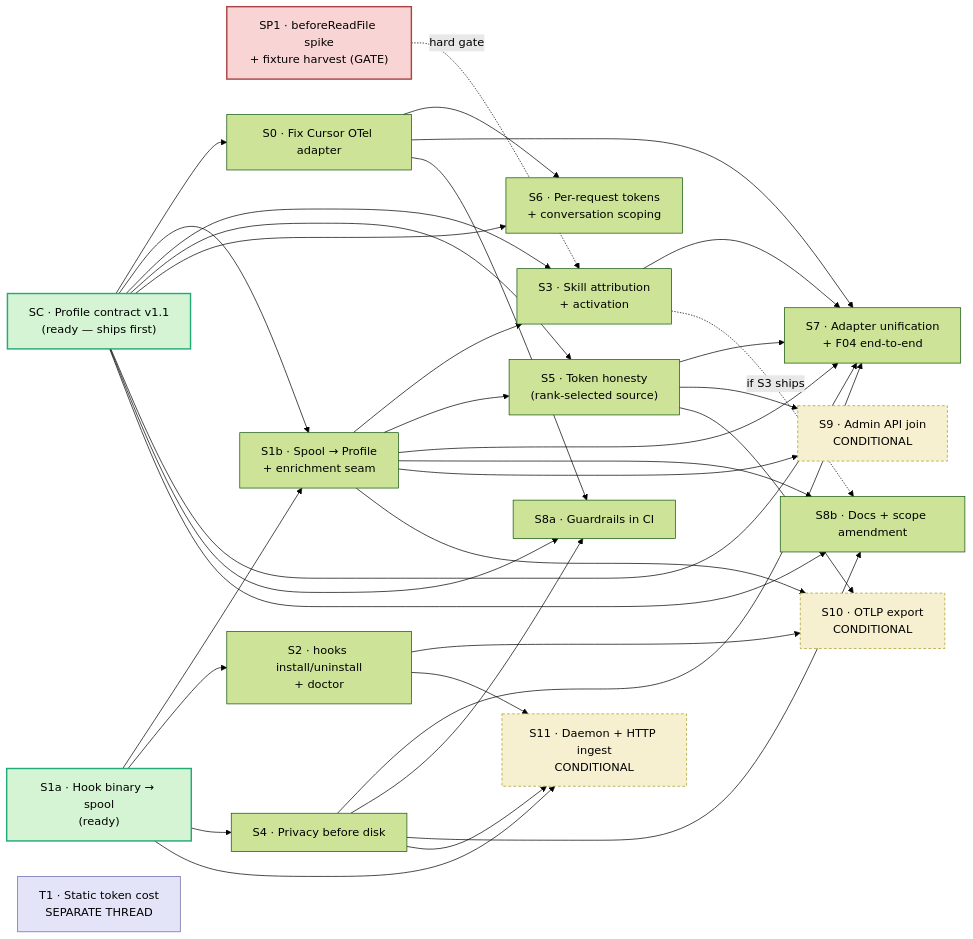
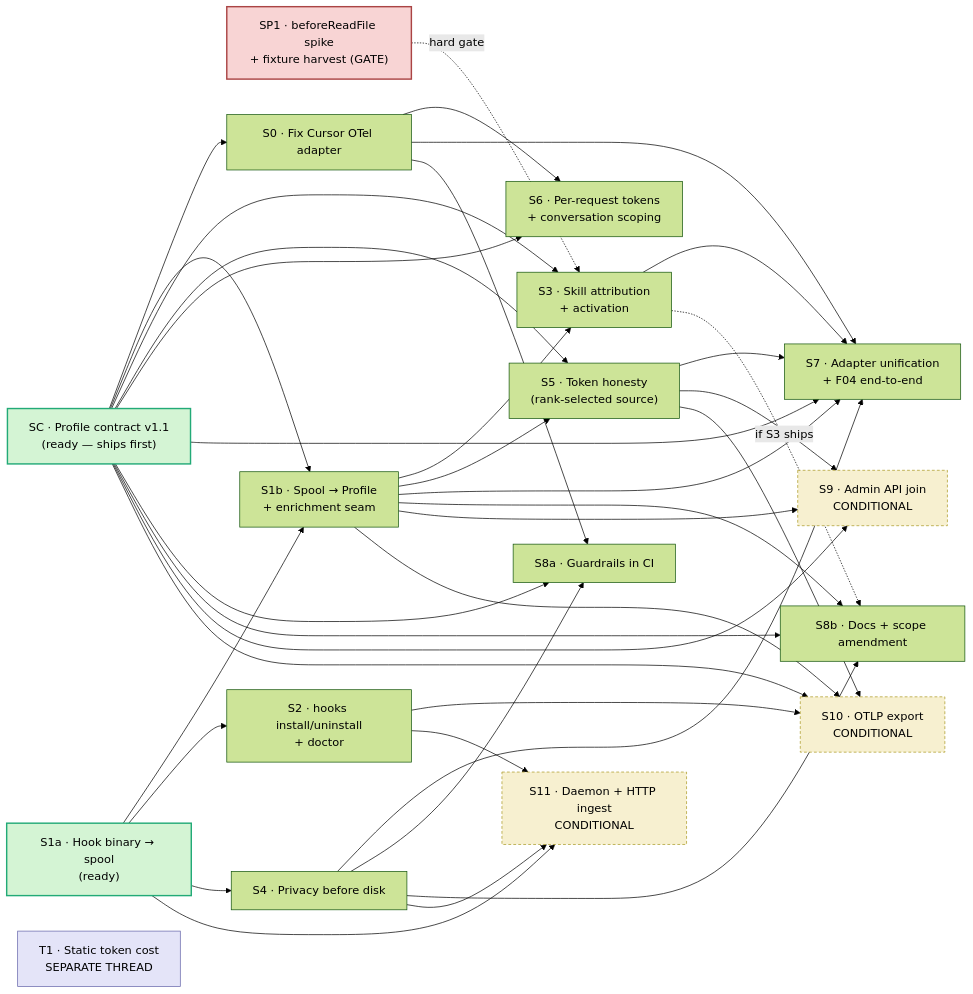
Before and after one commit to Okja-Engineering/skill-architect: the diagram in .scuba/teams/cursorscope-go/roadmap.md, drawn with Mermaid (forest theme). The commit also changed other lines of this file and 18 other files, not shown here.

````diff
--- a/.scuba/teams/cursorscope-go/roadmap.md
+++ b/.scuba/teams/cursorscope-go/roadmap.md
@@ -182,63 +182,65 @@
 ```mermaid
 flowchart LR
   SC["SC · Profile contract v1.1<br/>(ready — ships first)"]
   SP1["SP1 · beforeReadFile spike<br/>+ fixture harvest (GATE)"]
   S0["S0 · Fix Cursor OTel adapter"]
   S1a["S1a · Hook binary → spool<br/>(ready)"]
   S1b["S1b · Spool → Profile<br/>+ enrichment seam"]
   S2["S2 · hooks install/uninstall<br/>+ doctor"]
   S3["S3 · Skill attribution<br/>+ activation"]
   S4["S4 · Privacy before disk"]
   S5["S5 · Token honesty<br/>(rank-selected source)"]
   S6["S6 · Per-request tokens<br/>+ conversation scoping"]
   S7["S7 · Adapter unification<br/>+ F04 end-to-end"]
   S8a["S8a · Guardrails in CI"]
   S8b["S8b · Docs + scope amendment"]
   S9["S9 · Admin API join<br/>CONDITIONAL"]
   S10["S10 · OTLP export<br/>CONDITIONAL"]
   S11["S11 · Daemon + HTTP ingest<br/>CONDITIONAL"]
   T1["T1 · Static token cost<br/>SEPARATE THREAD"]
 
   SC --> S0
   SC --> S1b
   SC --> S3
   SC --> S5
   SC --> S6
   SC --> S7
   SC --> S8a
   SC --> S8b
   S1a --> S1b
   S1a --> S2
   S1a --> S4
   S1a --> S11
   S1b --> S3
   S1b --> S5
   S1b --> S7
   S1b --> S8b
   S1b --> S9
   S1b --> S10
   SP1 -.hard gate.-> S3
   S0 --> S6
   S0 --> S7
   S0 --> S8a
   S2 --> S10
   S2 --> S11
   S3 --> S7
   S3 -.if S3 ships.-> S8b
   S4 --> S7
   S4 --> S8a
   S4 --> S8b
   S4 --> S11
   S5 --> S7
   S5 --> S9
   S5 --> S10
+  SC --> S9
+  SC --> S10
 
   classDef ready fill:#d4f4d4,stroke:#2a7,stroke-width:2px
   classDef gate fill:#f8d4d4,stroke:#a44,stroke-width:2px
   classDef cond fill:#f7f0d0,stroke:#a92,stroke-dasharray:4 3
   classDef sep fill:#e4e4f8,stroke:#66a
   class SC,S1a ready
   class SP1 gate
   class S9,S10,S11 cond
   class T1 sep
 ```
````
